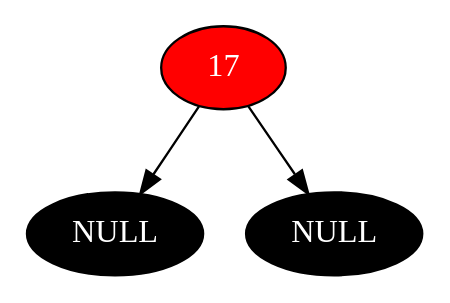
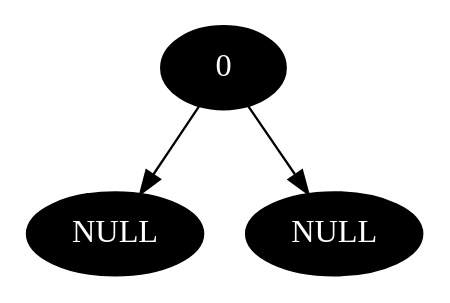
One commit to alpocnito/MIPT changed the diagram in 4_semestr/red_black_tree/DoxyFiles/tree.dot. Above: the diagram before and after it, drawn with Graphviz. The commit also changed 7 other files, not shown here.

Commit message:
Fix red black tree

```diff
--- a/4_semestr/red_black_tree/DoxyFiles/tree.dot
+++ b/4_semestr/red_black_tree/DoxyFiles/tree.dot
@@ -1,7 +1,7 @@
 digraph D {
-"0x565473bfde70" [label="17", style=filled, fillcolor=red, fontcolor=white]; 
-"0x565473bfde70" -> "0x565473bfde70left"
-"0x565473bfde70left" [label="NULL", style=filled, fillcolor=black, fontcolor=white]; 
-"0x565473bfde70" -> "0x565473bfde70right"
-"0x565473bfde70right" [label="NULL", style=filled, fillcolor=black, fontcolor=white]; 
+"0x55ebf491c2d0" [label="0", style=filled, fillcolor=black, fontcolor=white]; 
+"0x55ebf491c2d0" -> "0x55ebf491c2d0left"
+"0x55ebf491c2d0left" [label="NULL", style=filled, fillcolor=black, fontcolor=white]; 
+"0x55ebf491c2d0" -> "0x55ebf491c2d0right"
+"0x55ebf491c2d0right" [label="NULL", style=filled, fillcolor=black, fontcolor=white]; 
 }
```
